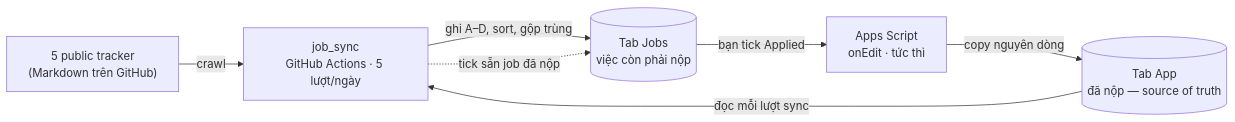
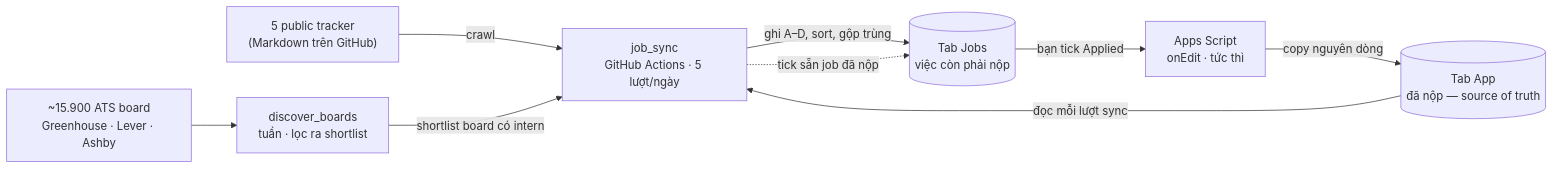
Before and after one commit to henryng15/CrawlJob: the diagram in README.md, drawn with Mermaid. The commit also changed other lines of this file and 10 other files, not shown here.

````diff
--- a/README.md
+++ b/README.md
@@ -10,15 +11,19 @@
 ```mermaid
 flowchart LR
     T["5 public tracker<br/>(Markdown trên GitHub)"]
+    B["~15.900 ATS board<br/>Greenhouse · Lever · Ashby"]
+    D["discover_boards<br/>tuần · lọc ra shortlist"]
     P["job_sync<br/>GitHub Actions · 5 lượt/ngày"]
     J[("Tab Jobs<br/>việc còn phải nộp")]
     S["Apps Script<br/>onEdit · tức thì"]
     A[("Tab App<br/>đã nộp — source of truth")]
 
     T -->|crawl| P
+    B --> D
+    D -->|"shortlist board có intern"| P
     P -->|"ghi A–D, sort, gộp trùng"| J
     J -->|"bạn tick Applied"| S
     S -->|"copy nguyên dòng"| A
     A -->|"đọc mỗi lượt sync"| P
     P -.->|"tick sẵn job đã nộp"| J
 ```
````
